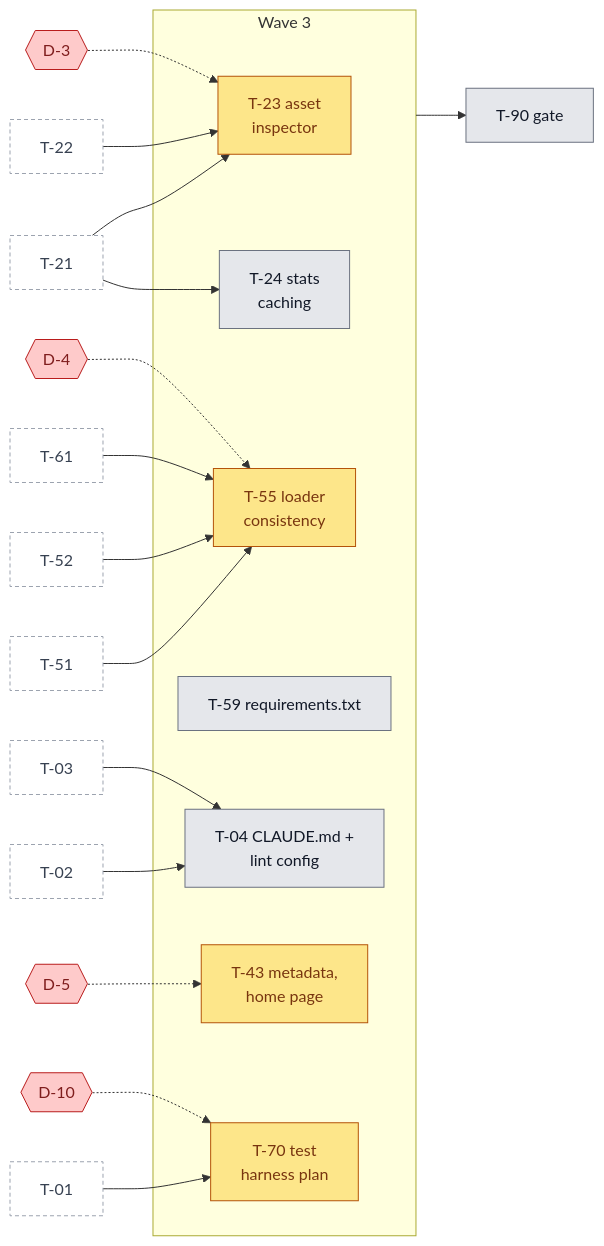
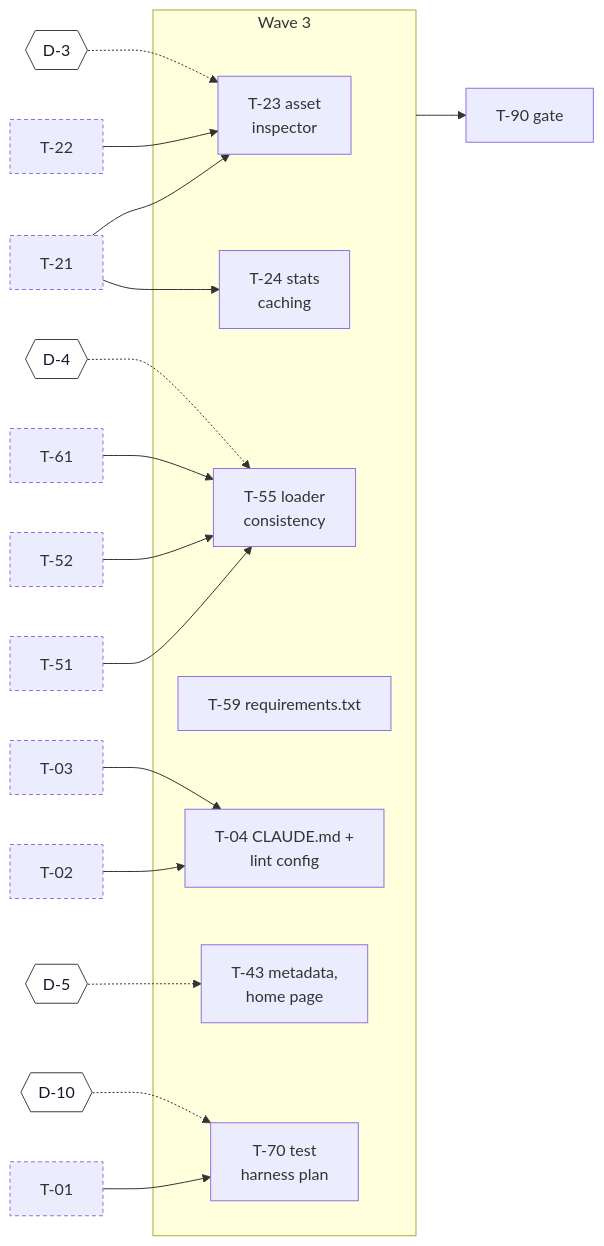
The fourth of 7 diagrams in docs/agents/development-status.md (adrianfarhat/orlando-infrastructure-etl), drawn with Mermaid before and after one commit. The commit also changed other lines of this file and 7 other files, not shown here.

````diff
--- a/docs/agents/development-status.md
+++ b/docs/agents/development-status.md
@@ -161,48 +126,44 @@
 ```mermaid
 flowchart LR
   T01p["T-01"]
   T02p["T-02"]
   T03p["T-03"]
   T21p["T-21"]
   T22p["T-22"]
   T51p["T-51"]
   T52p["T-52"]
   T61p["T-61"]
   D3{{"D-3"}}
   D4{{"D-4"}}
   D5{{"D-5"}}
   D10{{"D-10"}}
   subgraph W3["Wave 3"]
     T23["T-23 asset<br/>inspector"]
     T24["T-24 stats<br/>caching"]
     T55["T-55 loader<br/>consistency"]
     T59["T-59 requirements.txt"]
     T04["T-04 CLAUDE.md +<br/>lint config"]
     T43["T-43 metadata,<br/>home page"]
     T70["T-70 test<br/>harness plan"]
   end
   G3["T-90 gate"]
   T21p --> T23
   T22p --> T23
   D3 -.-> T23
   T21p --> T24
   T51p --> T55
   T52p --> T55
   T61p --> T55
   D4 -.-> T55
   T02p --> T04
   T03p --> T04
   D5 -.-> T43
   T01p --> T70
   D10 -.-> T70
   W3 --> G3
 
-  classDef todo fill:#e5e7eb,stroke:#6b7280,color:#111827
-  classDef waiting fill:#fde68a,stroke:#b45309,color:#78350f
-  classDef decision fill:#fecaca,stroke:#b91c1c,color:#7f1d1d
-  classDef prior fill:#ffffff,stroke:#9ca3af,stroke-dasharray:4 3,color:#374151
-  class T24,T59,T04,G3 todo
-  class T23,T55,T43,T70 waiting
+  classDef decision fill:#ffffff,stroke:#374151,color:#111827
+  classDef otherwave stroke-dasharray:4 3
   class D3,D4,D5,D10 decision
-  class T01p,T02p,T03p,T21p,T22p,T51p,T52p,T61p prior
+  class T01p,T02p,T03p,T21p,T22p,T51p,T52p,T61p otherwave
 ```
````
